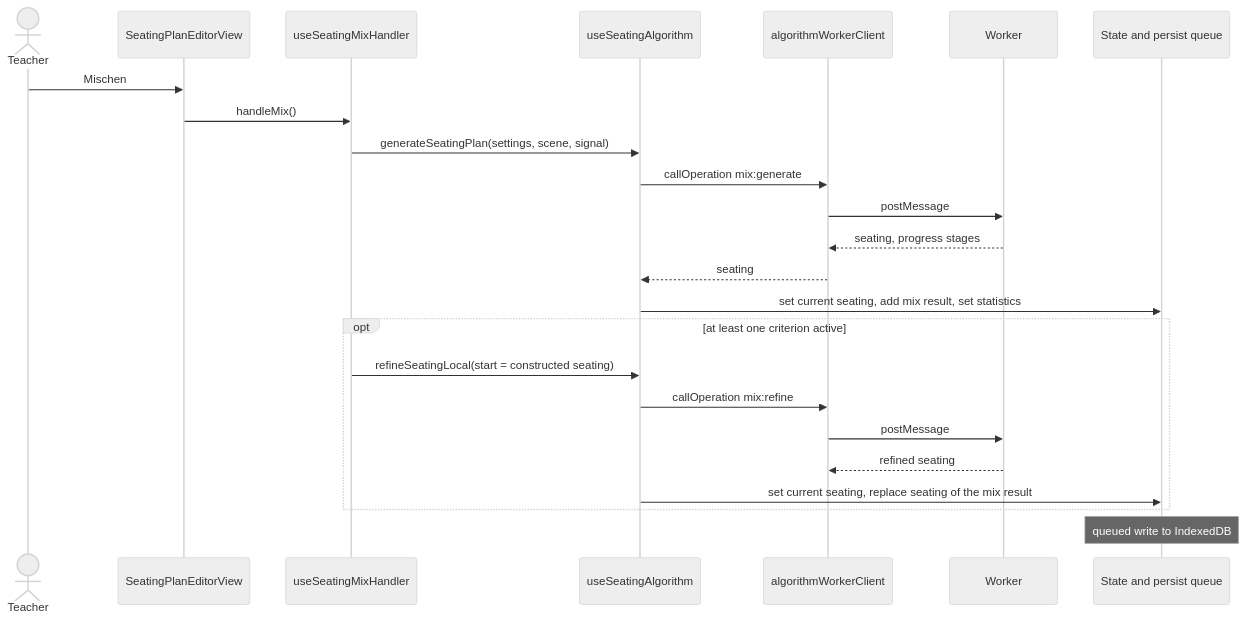
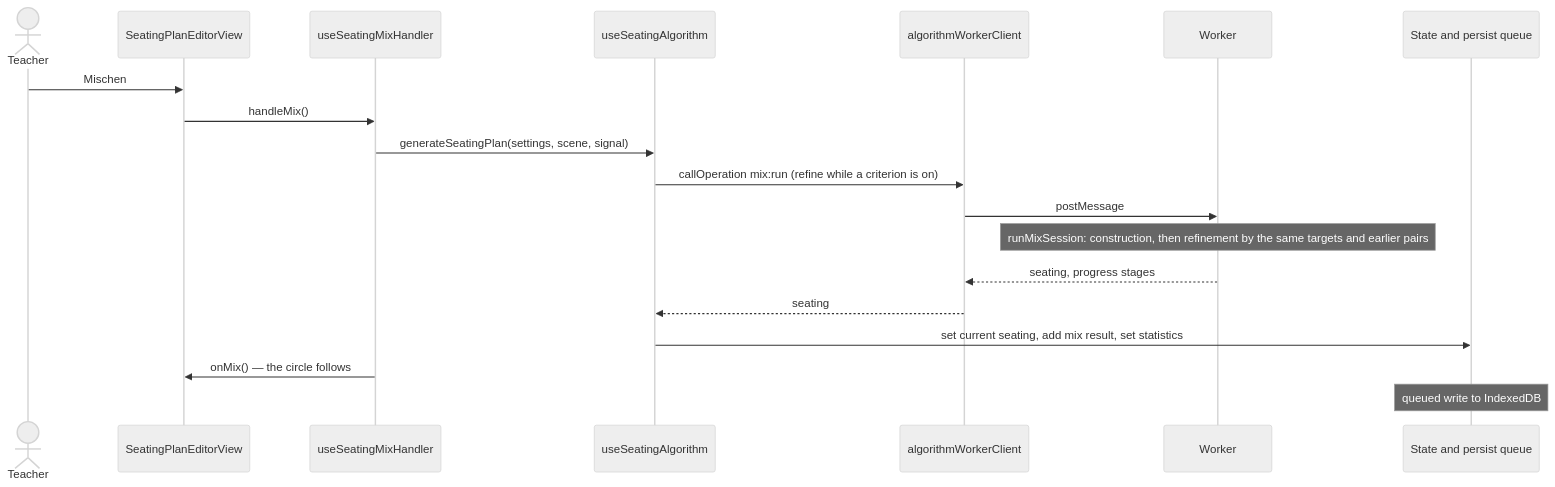
Before and after one commit to SirEckehard/Klassenplan: the second of 3 diagrams in docs/ARCHITECTURE.md, drawn with Mermaid (neutral theme). The commit also changed other lines of this file and 73 other files, not shown here.

````diff
--- a/docs/ARCHITECTURE.md
+++ b/docs/ARCHITECTURE.md
@@ -203,27 +203,22 @@
 ```mermaid
 sequenceDiagram
   actor teacher as Teacher
   participant view as SeatingPlanEditorView
   participant mix as useSeatingMixHandler
   participant algo as useSeatingAlgorithm
   participant client as algorithmWorkerClient
   participant worker as Worker
   participant state as State and persist queue
 
   teacher->>view: Mischen
   view->>mix: handleMix()
   mix->>algo: generateSeatingPlan(settings, scene, signal)
-  algo->>client: callOperation mix:generate
+  algo->>client: callOperation mix:run (refine while a criterion is on)
   client->>worker: postMessage
+  Note over worker: runMixSession: construction, then refinement by the same targets and earlier pairs
   worker-->>client: seating, progress stages
   client-->>algo: seating
   algo->>state: set current seating, add mix result, set statistics
-  opt at least one criterion active
-    mix->>algo: refineSeatingLocal(start = constructed seating)
-    algo->>client: callOperation mix:refine
-    client->>worker: postMessage
-    worker-->>client: refined seating
-    algo->>state: set current seating, replace seating of the mix result
-  end
+  mix->>view: onMix() — the circle follows
   Note over state: queued write to IndexedDB
 ```
````
